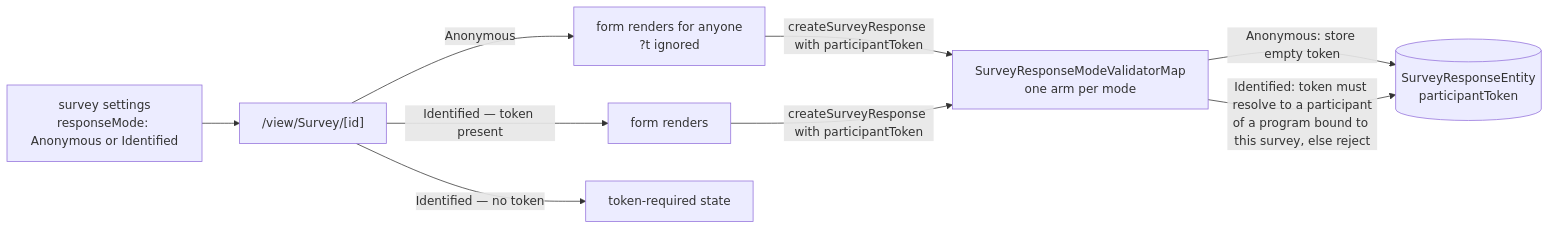
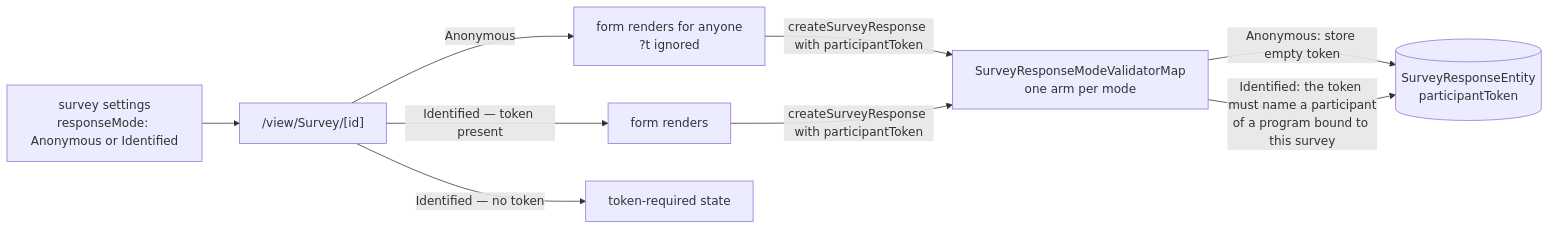
The diagram in packages/app/content/docs/platform/survey-response-modes.md (Esposter/Esposter), drawn with Mermaid before and after one commit. The commit also changed 8 other files, not shown here.

First line of the commit message:
docs(diagrams): sweep platform/, and widen the reference-product rule

````diff
--- a/packages/app/content/docs/platform/survey-response-modes.md
+++ b/packages/app/content/docs/platform/survey-response-modes.md
@@ -14,10 +14,10 @@
 ```mermaid
 flowchart LR
   SET["survey settings<br/>responseMode: Anonymous or Identified"] --> VIEW["/view/Survey/[id]"]
   VIEW -->|Anonymous| OPEN["form renders for anyone<br/>?t ignored"]
   VIEW -->|"Identified — token present"| FORM["form renders"]
   VIEW -->|"Identified — no token"| GATE["token-required state"]
   OPEN & FORM -->|"createSurveyResponse with participantToken"| VALIDATE["SurveyResponseModeValidatorMap<br/>one arm per mode"]
   VALIDATE -->|"Anonymous: store empty token"| AT[("SurveyResponseEntity<br/>participantToken")]
-  VALIDATE -->|"Identified: token must resolve to a participant<br/>of a program bound to this survey, else reject"| AT
+  VALIDATE -->|"Identified: the token must name a participant<br/>of a program bound to this survey"| AT
 ```
````
